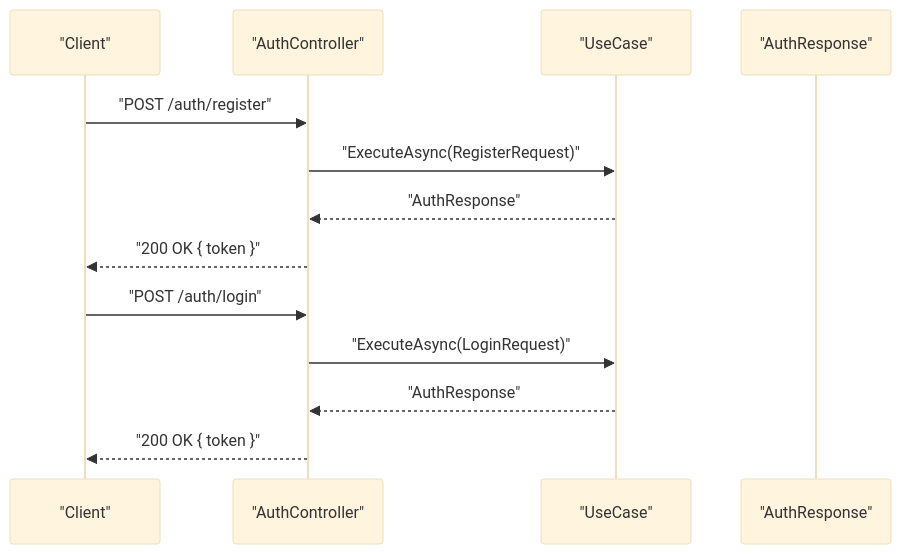
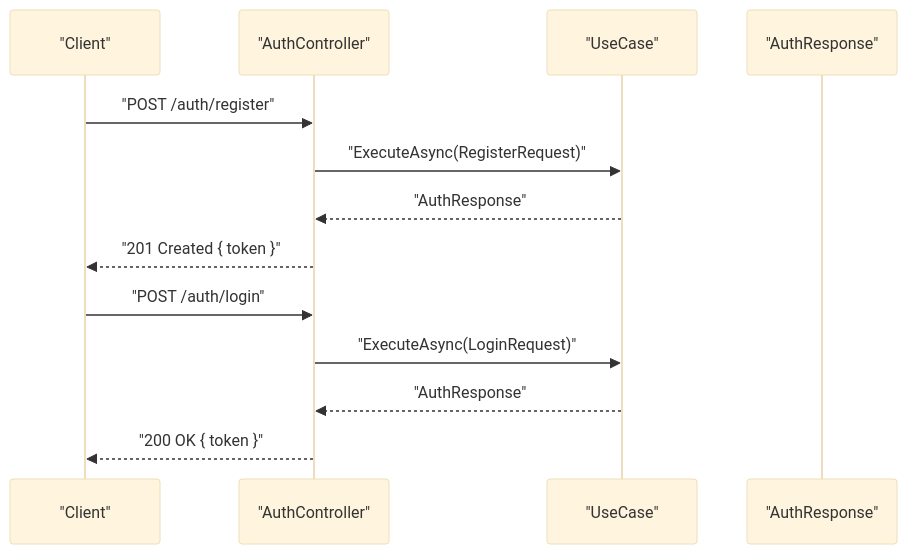
Before and after one commit to MuhammadFaizanQamar/game-backend-service: the eighth of 9 diagrams in .qoder/repowiki/en/content/Security Implementation/Authentication Middleware & Configuration.md, drawn with Mermaid (base theme). The commit also changed other lines of this file and 62 other files, not shown here.

````diff
--- a/.qoder/repowiki/en/content/Security Implementation/Authentication Middleware & Configuration.md
+++ b/.qoder/repowiki/en/content/Security Implementation/Authentication Middleware & Configuration.md
@@ -313,15 +337,15 @@
 ```mermaid
 sequenceDiagram
 participant Client as "Client"
 participant Ctrl as "AuthController"
 participant UseCase as "UseCase"
 participant Resp as "AuthResponse"
 Client->>Ctrl : "POST /auth/register"
 Ctrl->>UseCase : "ExecuteAsync(RegisterRequest)"
 UseCase-->>Ctrl : "AuthResponse"
-Ctrl-->>Client : "200 OK { token }"
+Ctrl-->>Client : "201 Created { token }"
 Client->>Ctrl : "POST /auth/login"
 Ctrl->>UseCase : "ExecuteAsync(LoginRequest)"
 UseCase-->>Ctrl : "AuthResponse"
 Ctrl-->>Client : "200 OK { token }"
 ```
````
